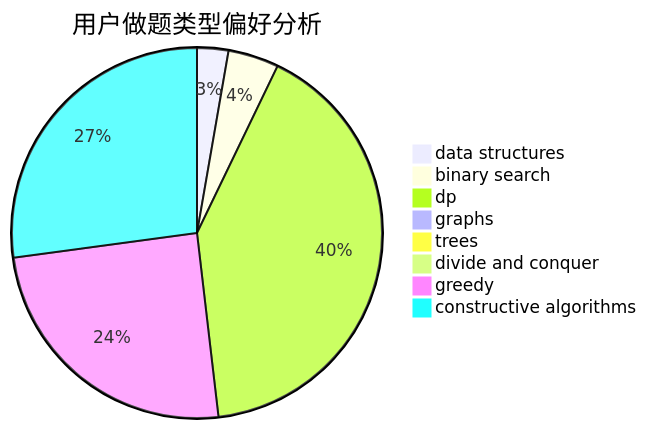
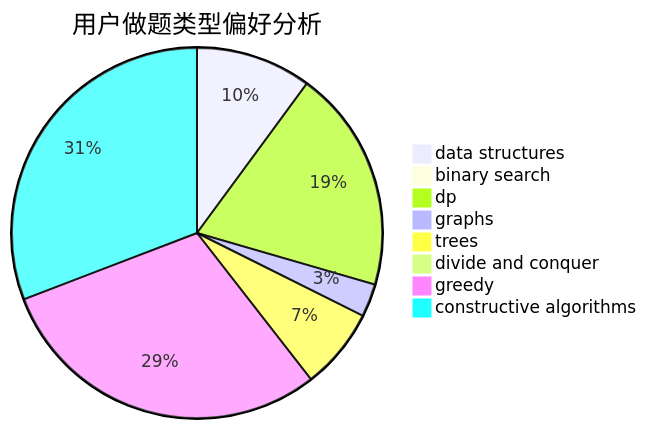
One commit to sherpahu/cfrs.github.io changed the second of 3 diagrams in docs/user/u2042.md. Above: the diagram before and after it, drawn with Mermaid. The commit also changed other lines of this file and 2770 other files, not shown here.

````diff
--- a/docs/user/u2042.md
+++ b/docs/user/u2042.md
@@ -23,11 +23,11 @@
 ```mermaid
 pie title 用户做题类型偏好分析
-    "data structures" :  42
-    "binary search" :  68
-    "dp" :  630
-    "graphs" :  13
-    "trees" :  5
-    "divide and conquer" :  1
-    "greedy" :  380
-    "constructive algorithms" :  417
+    "data structures" :  91
+    "binary search" :  9
+    "dp" :  175
+    "graphs" :  26
+    "trees" :  64
+    "divide and conquer" :  0
+    "greedy" :  268
+    "constructive algorithms" :  278
 ```
````
